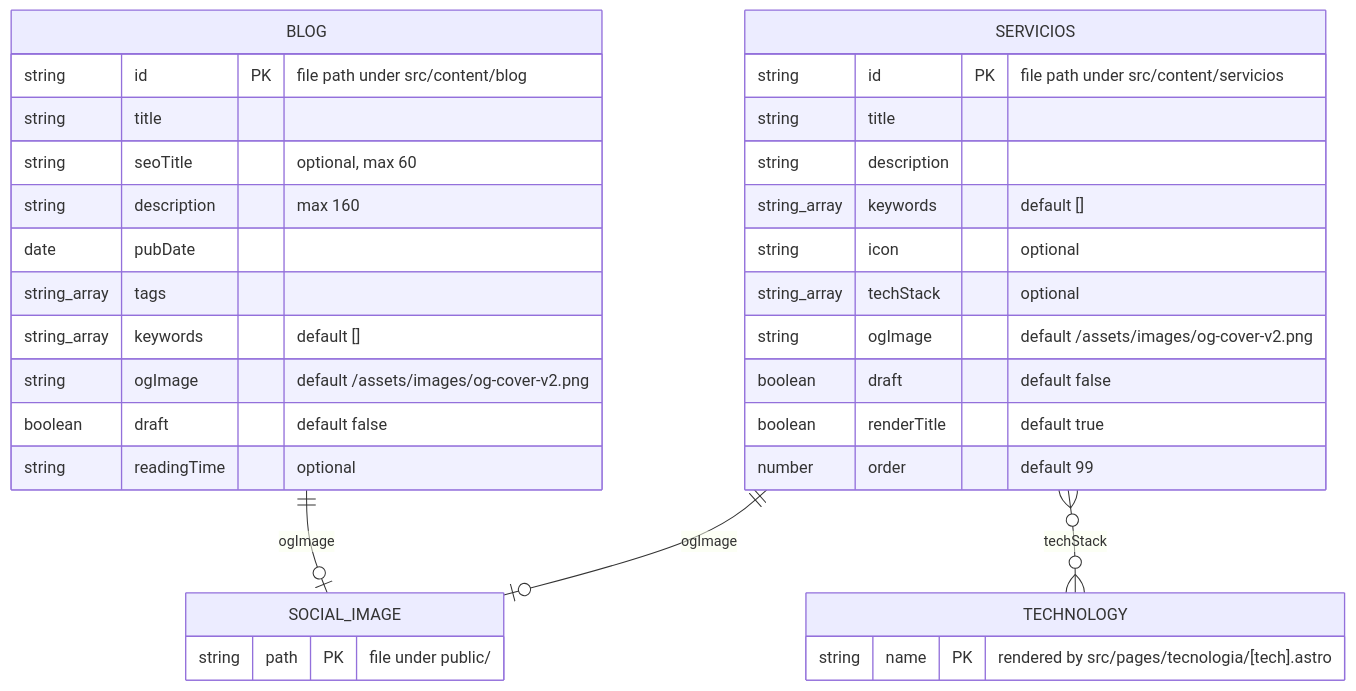
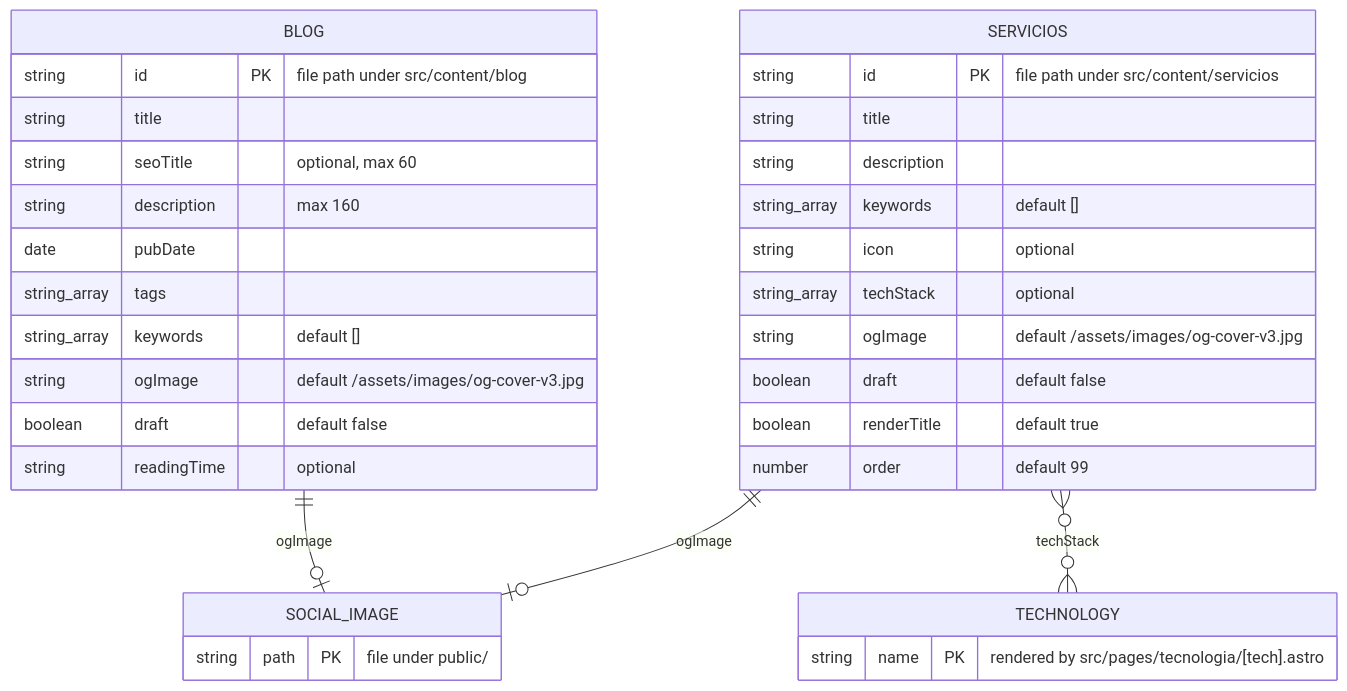
One commit to Nain9Dev/nain9dev.github.io changed the diagram in docs/21-data-model.md. Above: the diagram before and after it, drawn with Mermaid. The commit also changed 18 other files, not shown here.

````diff
--- a/docs/21-data-model.md
+++ b/docs/21-data-model.md
@@ -13,36 +13,36 @@
 ```mermaid
 erDiagram
     BLOG ||--o| SOCIAL_IMAGE : "ogImage"
     SERVICIOS ||--o| SOCIAL_IMAGE : "ogImage"
     SERVICIOS }o--o{ TECHNOLOGY : "techStack"
     BLOG {
         string id PK "file path under src/content/blog"
         string title
         string seoTitle "optional, max 60"
         string description "max 160"
         date pubDate
         string_array tags
         string_array keywords "default []"
-        string ogImage "default /assets/images/og-cover-v2.png"
+        string ogImage "default /assets/images/og-cover-v3.jpg"
         boolean draft "default false"
         string readingTime "optional"
     }
     SERVICIOS {
         string id PK "file path under src/content/servicios"
         string title
         string description
         string_array keywords "default []"
         string icon "optional"
         string_array techStack "optional"
-        string ogImage "default /assets/images/og-cover-v2.png"
+        string ogImage "default /assets/images/og-cover-v3.jpg"
         boolean draft "default false"
         boolean renderTitle "default true"
         number order "default 99"
     }
     SOCIAL_IMAGE {
         string path PK "file under public/"
     }
     TECHNOLOGY {
         string name PK "rendered by src/pages/tecnologia/[tech].astro"
     }
 ```
````
